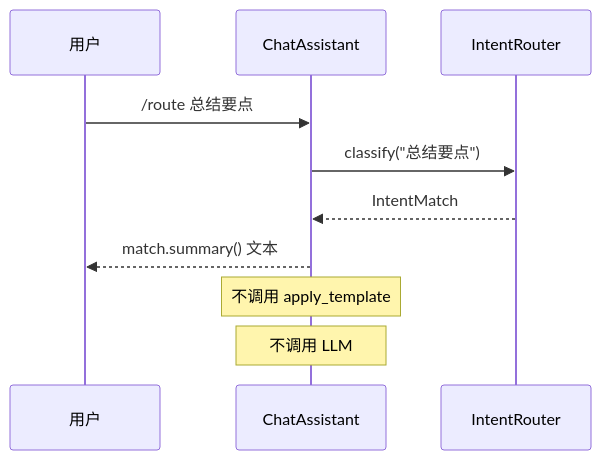
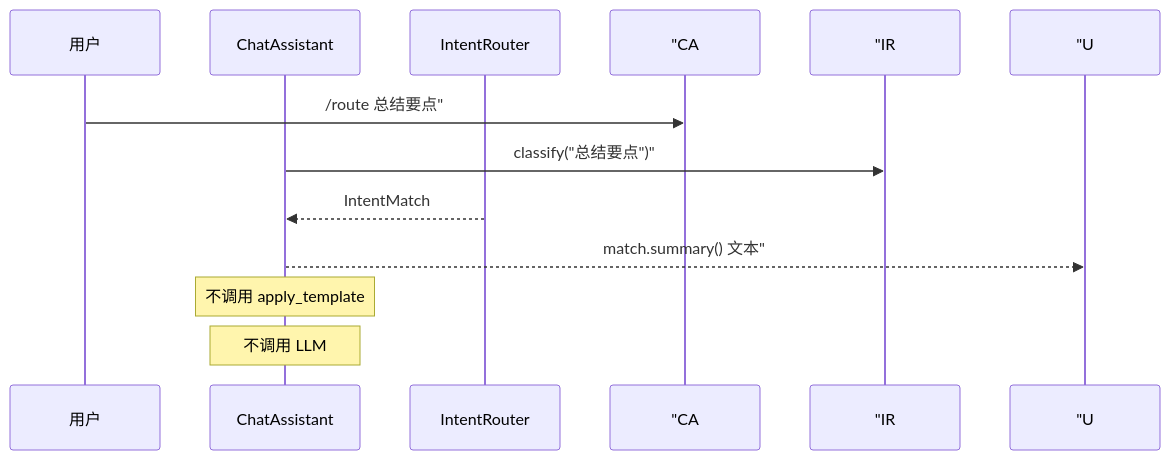
The fourth of 6 diagrams in course/day18/04_流程图与示意图.md (ab6539763/70_days_course_plus), drawn with Mermaid before and after one commit. The commit also changed other lines of this file and 134 other files, not shown here.

````diff
--- a/course/day18/04_流程图与示意图.md
+++ b/course/day18/04_流程图与示意图.md
@@ -67,13 +67,13 @@
 ```mermaid
 sequenceDiagram
     participant U as 用户
     participant CA as ChatAssistant
     participant IR as IntentRouter
 
-    U->>CA: /route 总结要点
-    CA->>IR: classify("总结要点")
+    U->> "CA: /route 总结要点"
+    CA->> "IR: classify("总结要点")"
     IR-->>CA: IntentMatch
-    CA-->>U: match.summary() 文本
+    CA-->> "U: match.summary() 文本"
     Note over CA: 不调用 apply_template
     Note over CA: 不调用 LLM
 ```
````
